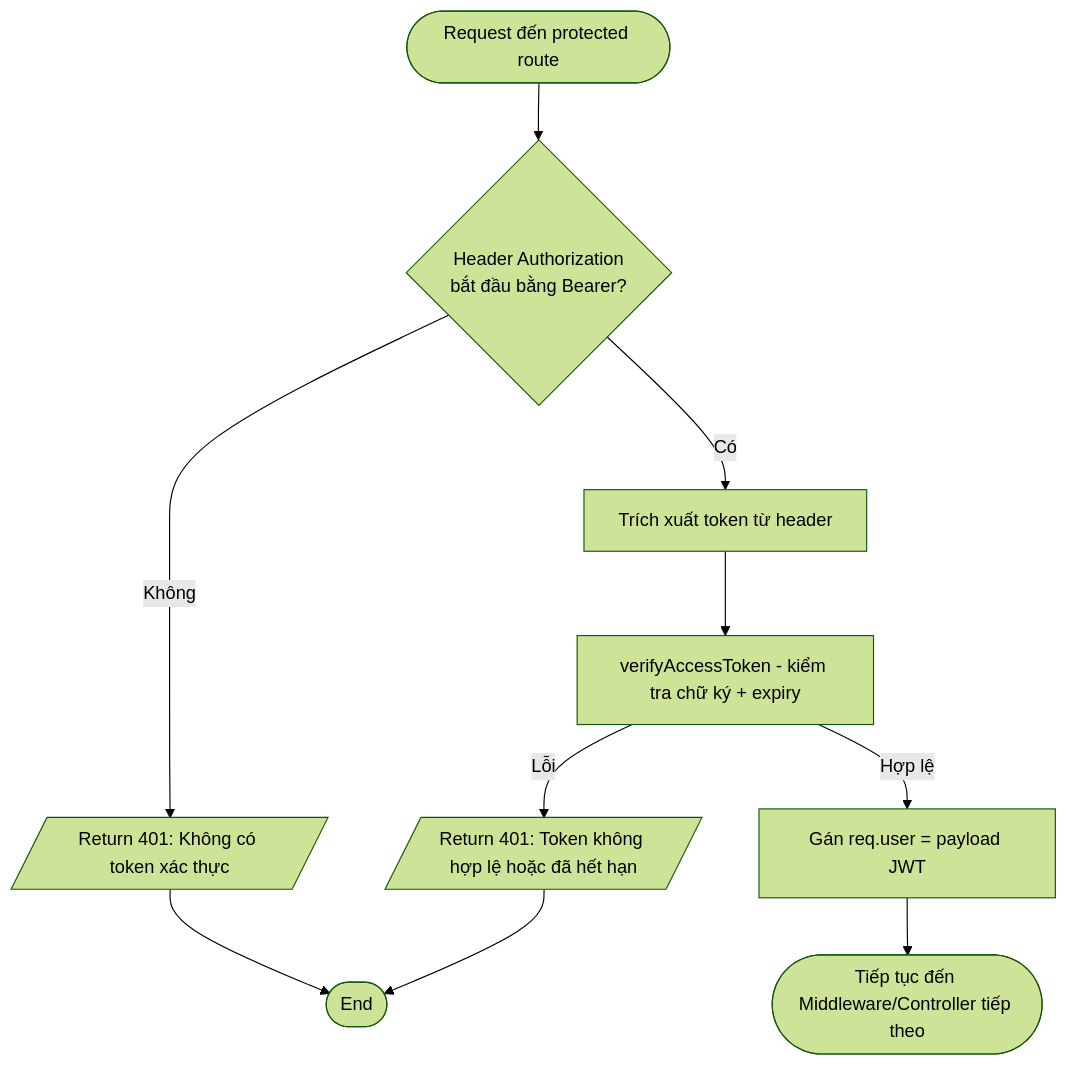
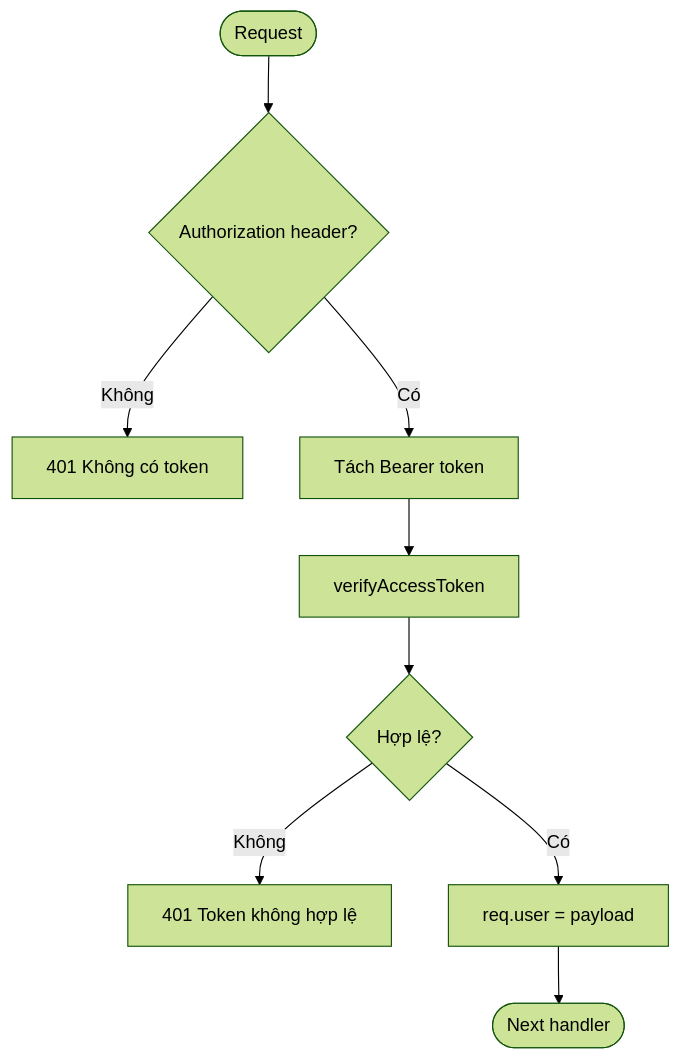
Before and after one commit to phamvinh203/mobivexa: the seventh of 7 diagrams in docs/Auth/ActivityDiagram.md, drawn with Mermaid (forest theme). The commit also changed other lines of this file and 79 other files, not shown here.

Commit message:
📜 Add documentation for Inventory and Favorite modules including Use Cases, API Specifications, and Activity Diagrams

````diff
--- a/docs/Auth/ActivityDiagram.md
+++ b/docs/Auth/ActivityDiagram.md
@@ -151,12 +121,11 @@
 ```mermaid
 flowchart TD
-    A([Request đến protected route]) --> B{Header Authorization\nbắt đầu bằng Bearer?}
-    B -->|Không| E1[/Return 401: Không có token xác thực/]
-    B -->|Có| C[Trích xuất token từ header]
-    C --> D[verifyAccessToken - kiểm tra chữ ký + expiry]
-    D -->|Lỗi| E2[/Return 401: Token không hợp lệ hoặc đã hết hạn/]
-    D -->|Hợp lệ| E[Gán req.user = payload JWT]
-    E --> F([Tiếp tục đến Middleware/Controller tiếp theo])
-    E1 --> Z([End])
-    E2 --> Z
+    A([Request]) --> B{Authorization header?}
+    B -- Không --> E1[401 Không có token]
+    B -- Có --> C[Tách Bearer token]
+    C --> D[verifyAccessToken]
+    D --> E{Hợp lệ?}
+    E -- Không --> E2[401 Token không hợp lệ]
+    E -- Có --> F[req.user = payload]
+    F --> G([Next handler])
 ```
````
